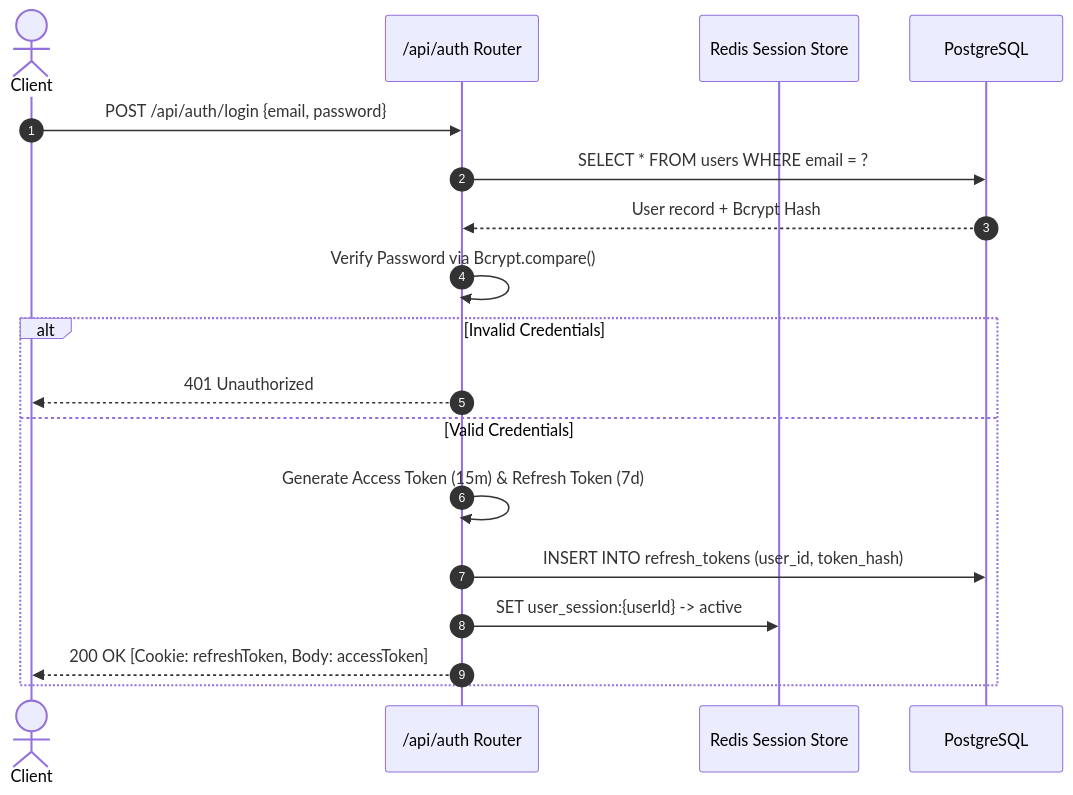
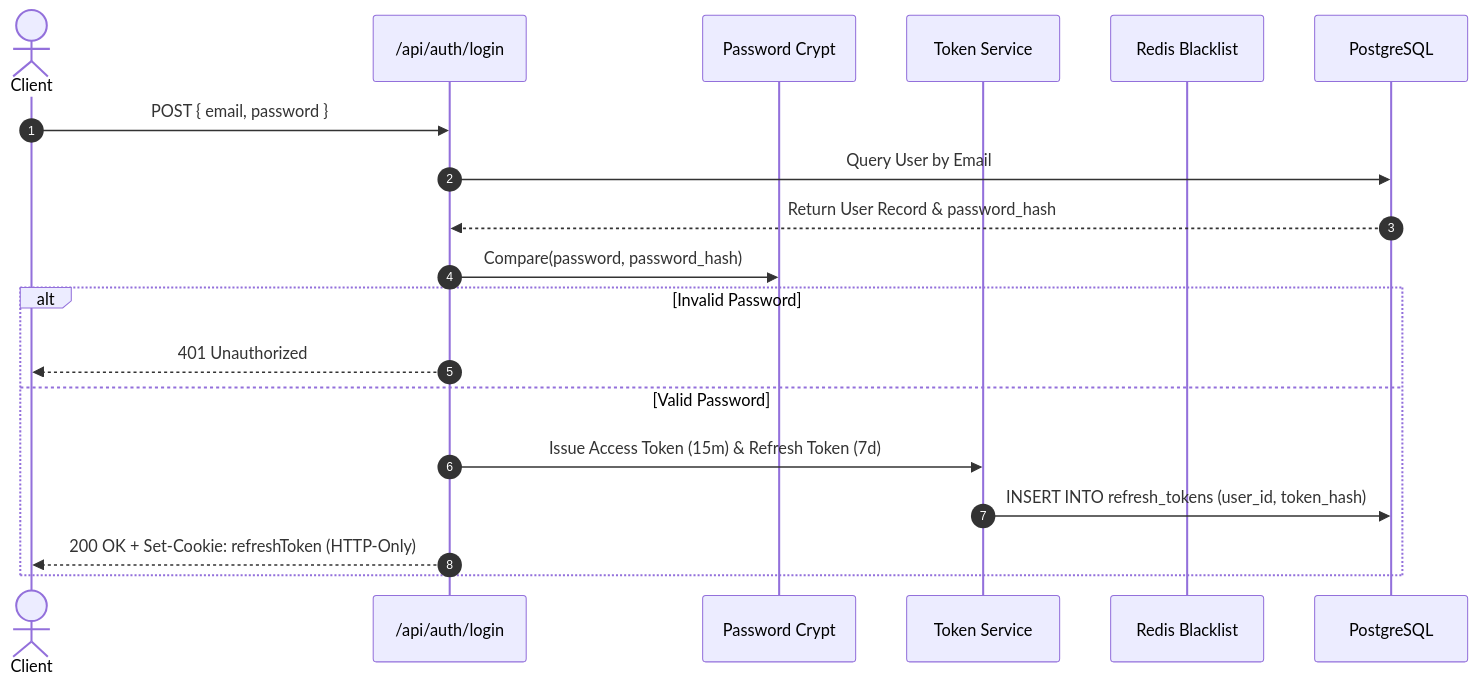
Before and after one commit to vinayak-kumar-12/InstaClone: the third of 8 diagrams in ReadMe.md, drawn with Mermaid. The commit also changed other lines of this file, not shown here.

Commit message:
docs: update README with architectural details, improved technical descriptions, and increased k6 load testing metric to 50k VUs

````diff
--- a/ReadMe.md
+++ b/ReadMe.md
@@ -412,22 +429,23 @@
 ```mermaid
 sequenceDiagram
     autonumber
     actor Client
-    participant AuthAPI as /api/auth Router
-    participant Redis as Redis Session Store
+    participant AuthRoute as /api/auth/login
+    participant Bcrypt as Password Crypt
+    participant TokenSvc as Token Service
+    participant Redis as Redis Blacklist
     participant DB as PostgreSQL
 
-    Client->>AuthAPI: POST /api/auth/login {email, password}
-    AuthAPI->>DB: SELECT * FROM users WHERE email = ?
-    DB-->>AuthAPI: User record + Bcrypt Hash
-    AuthAPI->>AuthAPI: Verify Password via Bcrypt.compare()
+    Client->>AuthRoute: POST { email, password }
+    AuthRoute->>DB: Query User by Email
+    DB-->>AuthRoute: Return User Record & password_hash
+    AuthRoute->>Bcrypt: Compare(password, password_hash)
     
-    alt Invalid Credentials
-        AuthAPI-->>Client: 401 Unauthorized
-    else Valid Credentials
-        AuthAPI->>AuthAPI: Generate Access Token (15m) & Refresh Token (7d)
-        AuthAPI->>DB: INSERT INTO refresh_tokens (user_id, token_hash)
-        AuthAPI->>Redis: SET user_session:{userId} -> active
-        AuthAPI-->>Client: 200 OK [Cookie: refreshToken, Body: accessToken]
+    alt Invalid Password
+        AuthRoute-->>Client: 401 Unauthorized
+    else Valid Password
+        AuthRoute->>TokenSvc: Issue Access Token (15m) & Refresh Token (7d)
+        TokenSvc->>DB: INSERT INTO refresh_tokens (user_id, token_hash)
+        AuthRoute-->>Client: 200 OK + Set-Cookie: refreshToken (HTTP-Only)
     end
 ```
````
